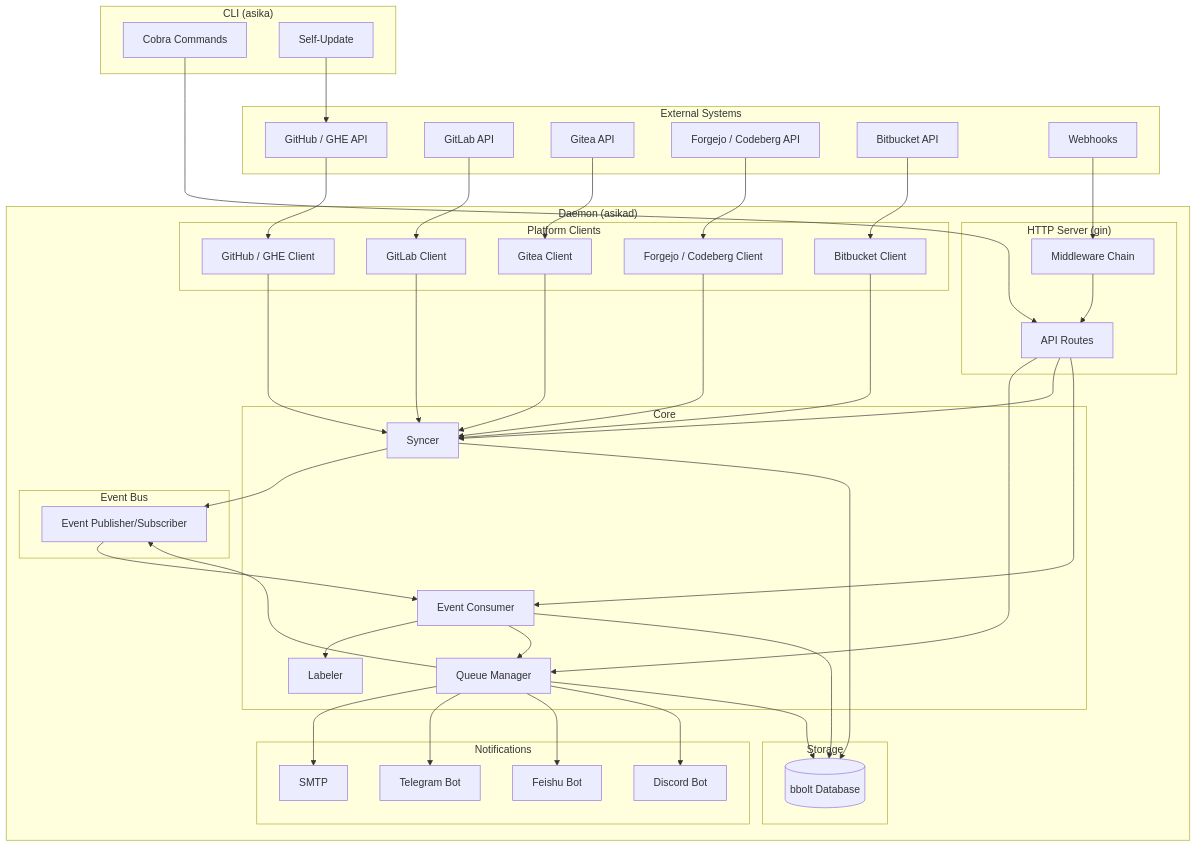
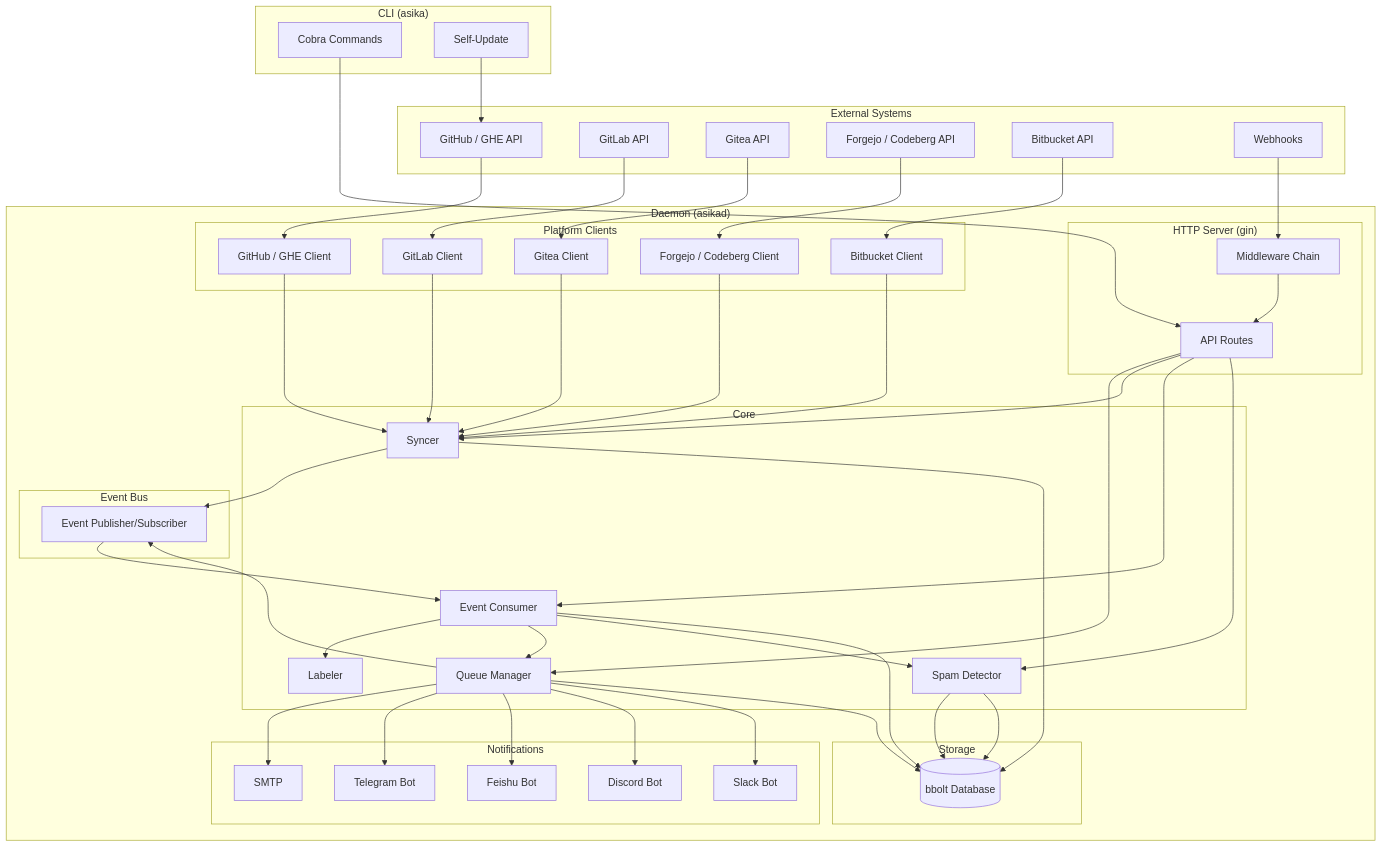
One commit to AsikaProject/Asika changed the first of 2 diagrams in PROJECT.md. Above: the diagram before and after it, drawn with Mermaid. The commit also changed other lines of this file and 1 other file, not shown here.

````diff
--- a/PROJECT.md
+++ b/PROJECT.md
@@ -27,6 +27,7 @@
             SY[Syncer]
             EC[Event Consumer]
             LB[Labeler]
+            SD[Spam Detector]
         end
 
         subgraph Platforms["Platform Clients"]
@@ -46,6 +47,7 @@
             TG[Telegram Bot]
             FS[Feishu Bot]
             DC[Discord Bot]
+            SL[Slack Bot]
         end
 
         subgraph DB["Storage"]
@@ -67,12 +69,15 @@
     RO --> QC
     RO --> SY
     RO --> EC
+    RO --> SD
 
     QC --> EB
     SY --> EB
     EB --> EC
     EC --> LB
     EC --> QC
+    EC --> SD
+    SD --> BDB
 
     PC_GH --> SY
     PC_GL --> SY
@@ -84,8 +89,10 @@
     QC --> TG
     QC --> FS
     QC --> DC
+    QC --> SL
 
     SY --> BDB
     QC --> BDB
     EC --> BDB
+    SD --> BDB
 ```
````
